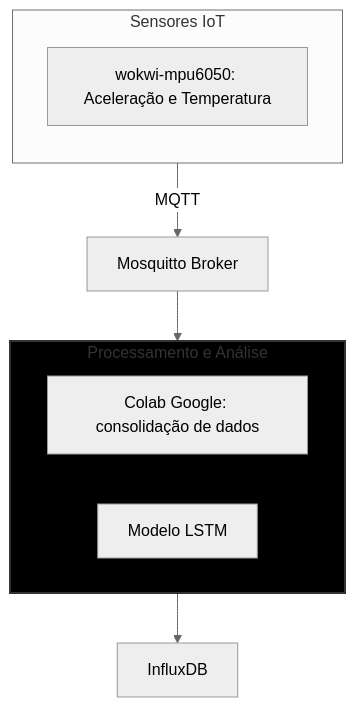
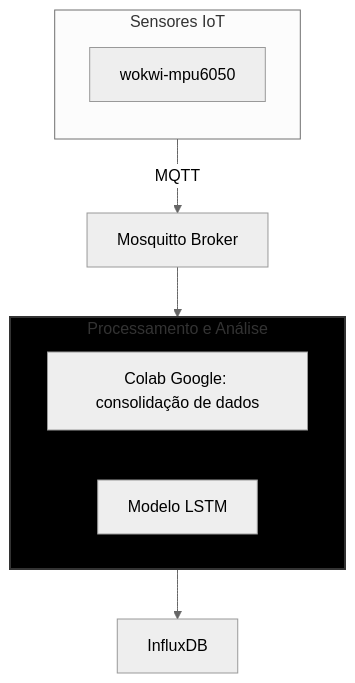
One commit to 2024S2-CCIoT/anthon_hax changed the second of 2 diagrams in artigo.md. Above: the diagram before and after it, drawn with Mermaid (neutral theme).

````diff
--- a/artigo.md
+++ b/artigo.md
@@ -66,34 +66,34 @@
 ```mermaid
 flowchart TD
     subgraph IoT_Sensors["Sensores IoT"]
         direction TB
-        Sensor1["wokwi-mpu6050: Aceleração e Temperatura"]
+        Sensor1["wokwi-mpu6050"]
     end
     
         direction LR
         MQTT["Mosquitto Broker"]
 
     subgraph Processamento["Processamento e Análise"]
         direction LR
         Colab["Colab Google: consolidação de dados"]
         MLModel["Modelo LSTM"]
     end
         direction LR
         Data["InfluxDB"]
 
 
     %% Fluxos de Dados
     Sensor1 -->|MQTT| MQTT
     MQTT --> MLModel
     MLModel --> Data
 
 
     %% Legend
     classDef protocolo fill:#f9f,stroke:#333,stroke-width:2px;
     classDef processamento fill:#000,stroke:#333,stroke-width:2px;
     classDef gerenciamento fill:#bfb,stroke:#333,stroke-width:2px;
     
     class Protocolos protocolo;
     class Processamento processamento;
     class Gerenciamento gerenciamento;
 ```
````
